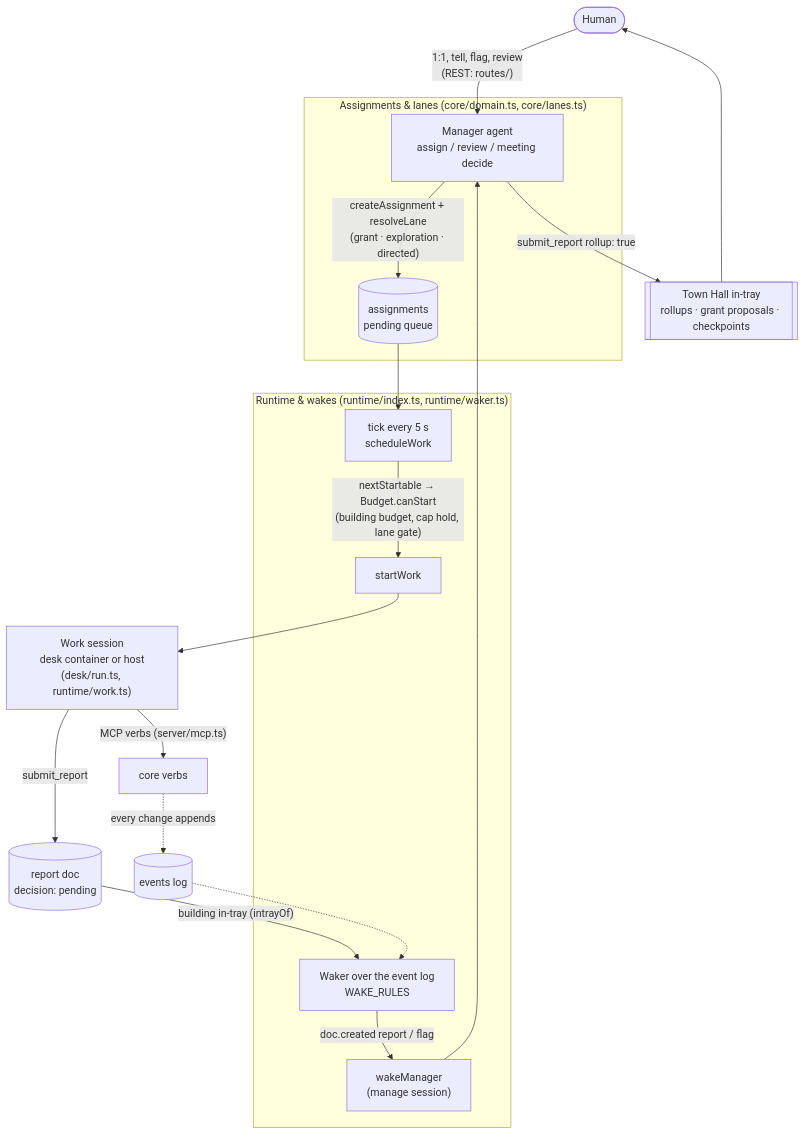
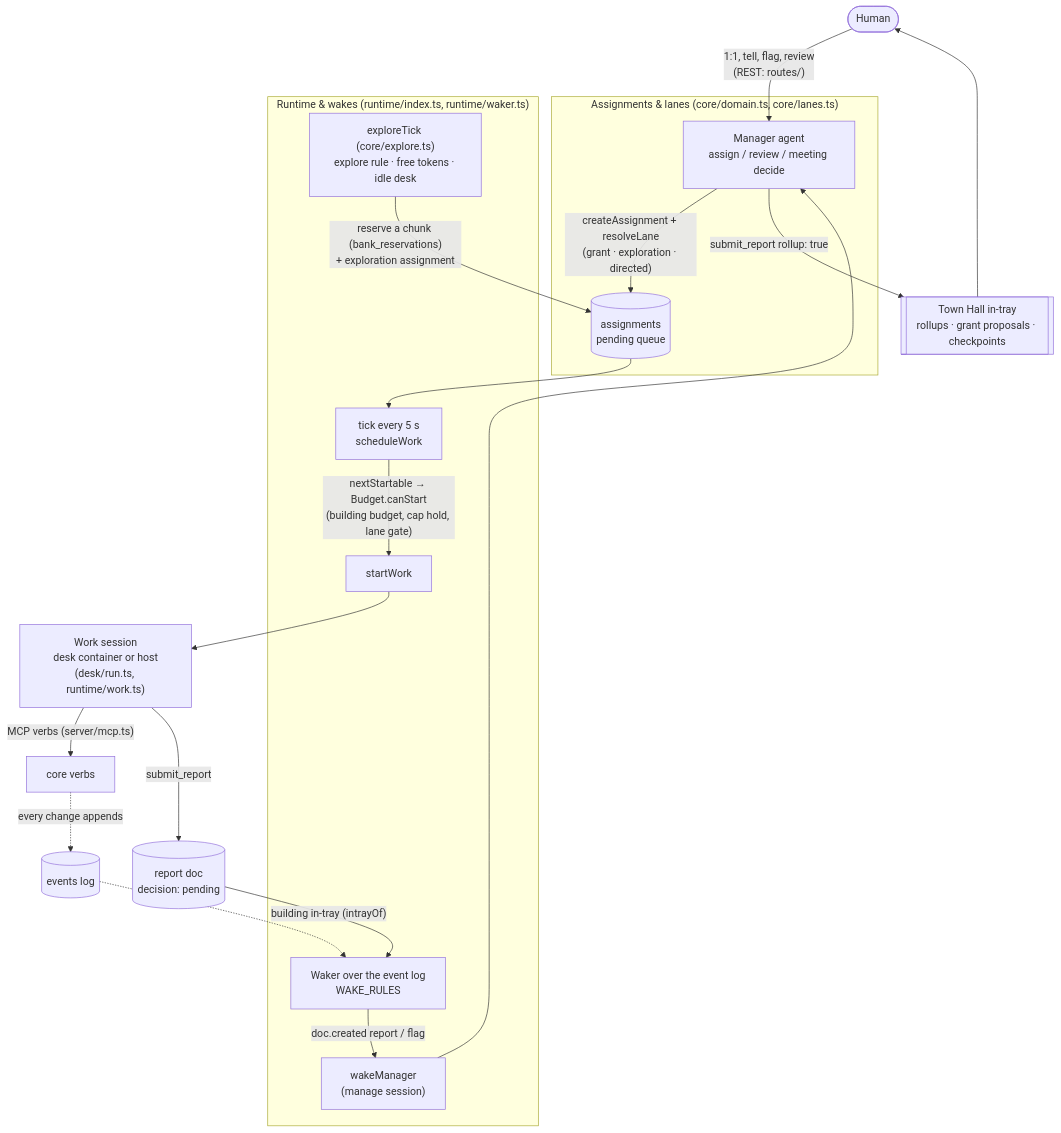
The first of 2 diagrams in docs/architecture.md (mitchellgordon95/muster-town), drawn with Mermaid before and after one commit. The commit also changed other lines of this file and 13 other files, not shown here.

First line of the commit message:
Docs sweep (how-work-gets-done step 9): architecture, AGENTS.md, invariants, superseded pointers true to main after #169, #173, #171

````diff
--- a/docs/architecture.md
+++ b/docs/architecture.md
@@ -30,21 +30,22 @@
 ```mermaid
 flowchart TD
   human([Human]) -->|"1:1, tell, flag, review<br/>(REST: routes/)"| mgr
   subgraph assign["Assignments & lanes (core/domain.ts, core/lanes.ts)"]
     mgr["Manager agent<br/>assign / review / meeting decide"] -->|"createAssignment + resolveLane<br/>(grant · exploration · directed)"| queue[("assignments<br/>pending queue")]
   end
   subgraph rt["Runtime & wakes (runtime/index.ts, runtime/waker.ts)"]
     tick["tick every 5 s<br/>scheduleWork"] -->|"nextStartable → Budget.canStart<br/>(building budget, cap hold, lane gate)"| start["startWork"]
+    explore["exploreTick (core/explore.ts)<br/>explore rule · free tokens · idle desk"] -->|"reserve a chunk (bank_reservations)<br/>+ exploration assignment"| queue
     waker["Waker over the event log<br/>WAKE_RULES"] -->|"doc.created report / flag"| wm["wakeManager<br/>(manage session)"]
   end
   queue --> tick
   start --> session["Work session<br/>desk container or host<br/>(desk/run.ts, runtime/work.ts)"]
   session -->|"MCP verbs (server/mcp.ts)"| verbs["core verbs"]
   session -->|"submit_report"| report[("report doc<br/>decision: pending")]
   report -->|"building in-tray (intrayOf)"| waker
   wm --> mgr
   mgr -->|"submit_report rollup: true"| townhall[["Town Hall in-tray<br/>rollups · grant proposals · checkpoints"]]
   townhall --> human
   verbs -.->|"every change appends"| events[("events log")]
   events -.-> waker
 ```
````
